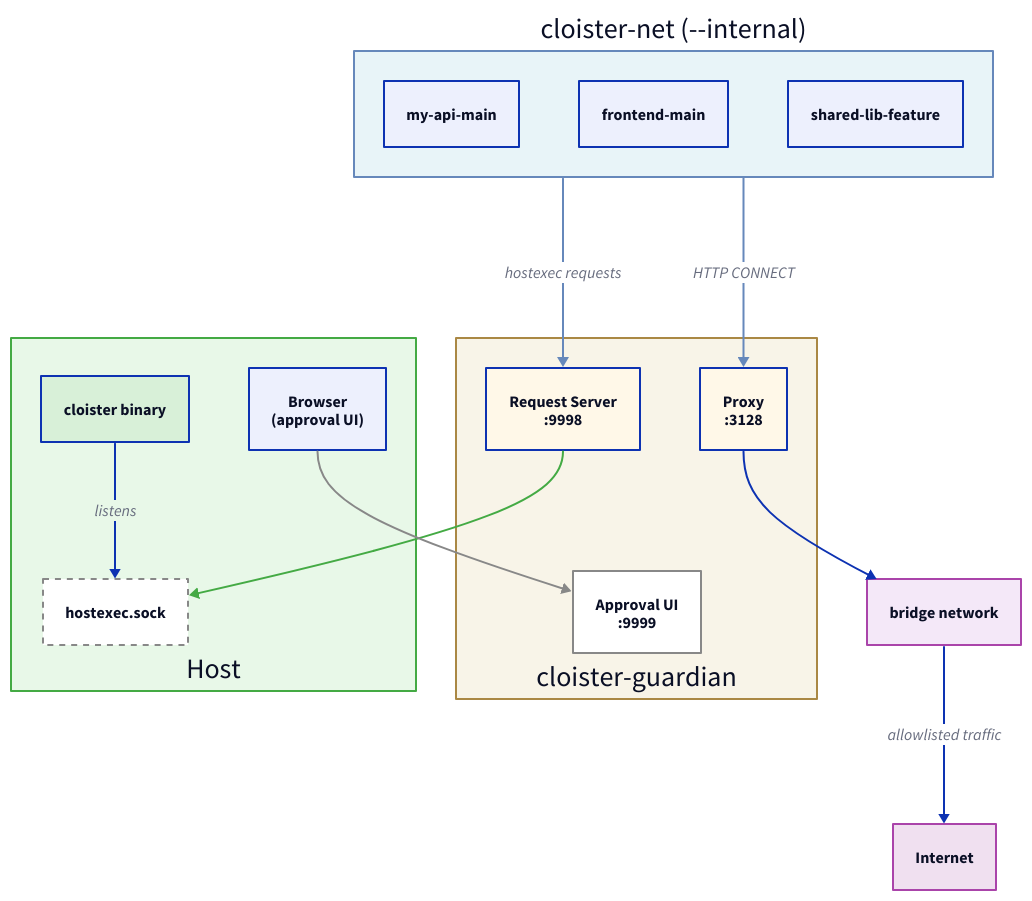
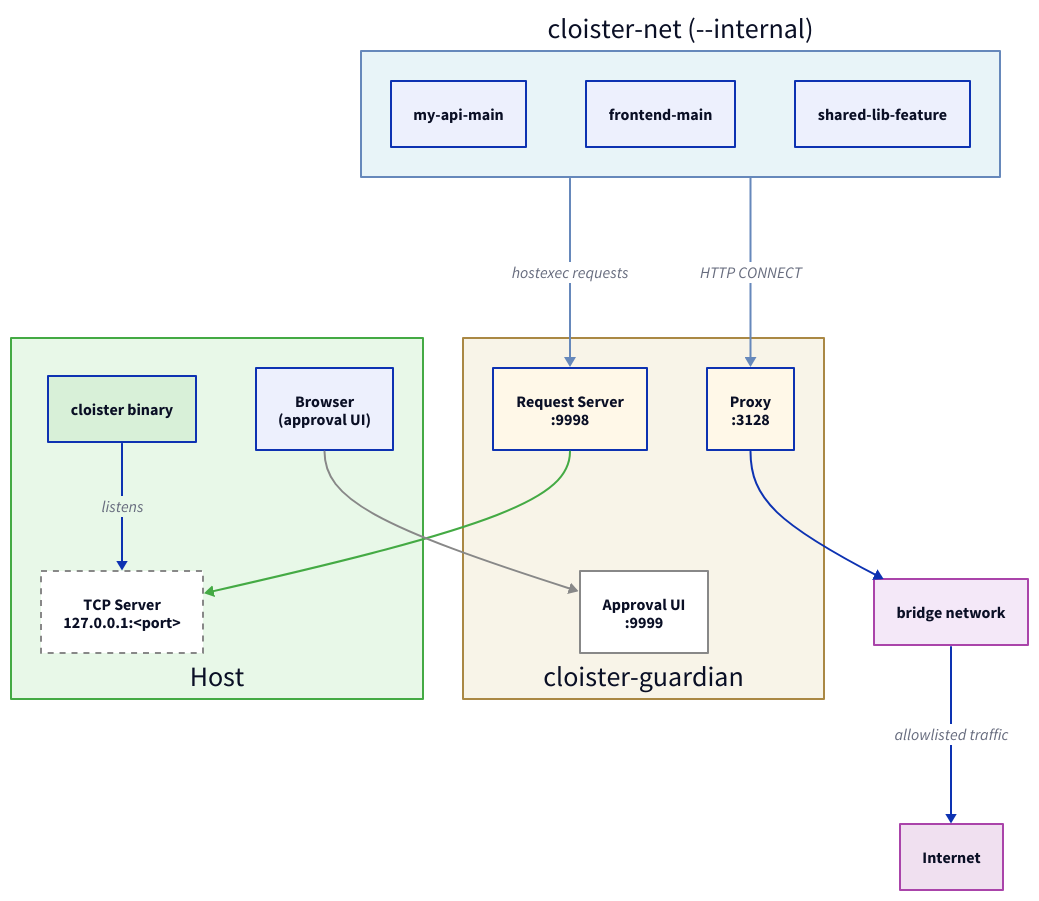
The diagram in specs/diagrams/network-topology.d2 (xdg/cloister), drawn with D2 before and after one commit. The commit also changed 35 other files, not shown here.

```diff
--- a/specs/diagrams/network-topology.d2
+++ b/specs/diagrams/network-topology.d2
@@ -1,81 +1,81 @@
 # Multi-Cloister Network Topology
 
 host: Host {
   label.near: bottom-center
   style.fill: "#e8f8e8"
   style.stroke: "#4a4"
 
   cloister_cli: "cloister binary" {
     style.fill: "#d8f0d8"
   }
 
-  socket: "hostexec.sock" {
+  tcp_server: "TCP Server\n127.0.0.1:<port>" {
     style.fill: "#fff"
     style.stroke: "#888"
     style.stroke-dash: 3
   }
 
   browser: "Browser\n(approval UI)"
 
-  cloister_cli -> socket: listens
+  cloister_cli -> tcp_server: listens
 }
 
 cloister_net: cloister-net (--internal) {
   style.fill: "#e8f4f8"
   style.stroke: "#68b"
 
   cloister_a: my-api-main
   cloister_b: frontend-main
   cloister_c: shared-lib-feature
 }
 
 guardian: cloister-guardian {
   label.near: bottom-center
   style.fill: "#f8f4e8"
   style.stroke: "#a84"
 
   proxy: "Proxy\n:3128" {
     style.fill: "#fff8e8"
   }
   request: "Request Server\n:9998" {
     style.fill: "#fff8e8"
   }
   approval: "Approval UI\n:9999" {
     style.fill: "#fff"
     style.stroke: "#888"
   }
 }
 
 bridge: bridge network {
   style.fill: "#f4e8f8"
   style.stroke: "#a4a"
 }
 
 internet: Internet {
   style.fill: "#f0e0f0"
   style.stroke: "#a4a"
 }
 
 # Cloister containers -> Guardian (on cloister-net)
 cloister_net -> guardian.proxy: HTTP CONNECT {
   style.stroke: "#68b"
 }
 cloister_net -> guardian.request: hostexec requests {
   style.stroke: "#68b"
 }
 
 # Guardian -> Internet (via bridge)
 guardian.proxy -> bridge
 bridge -> internet: allowlisted traffic
 
-# Host command execution via Unix socket
-guardian.request -> host.socket {
+# Host command execution via TCP (host.docker.internal)
+guardian.request -> host.tcp_server {
   style.stroke: "#4a4"
 }
 
 # Approval UI exposed to host
 host.browser -> guardian.approval {
   style.stroke: "#888"
 }
 
 # vim: set ts=2 sts=2 sw=2 et tw=75:
```
